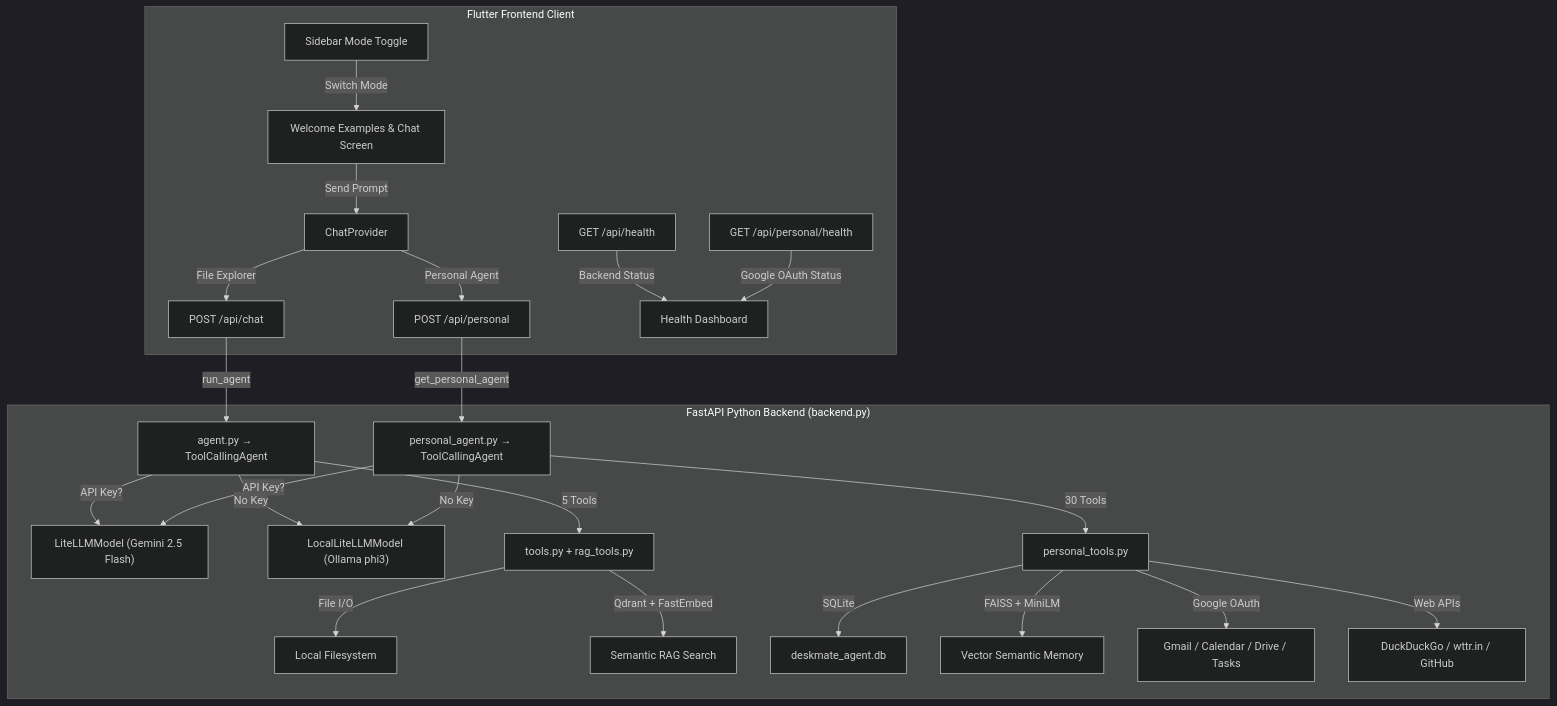
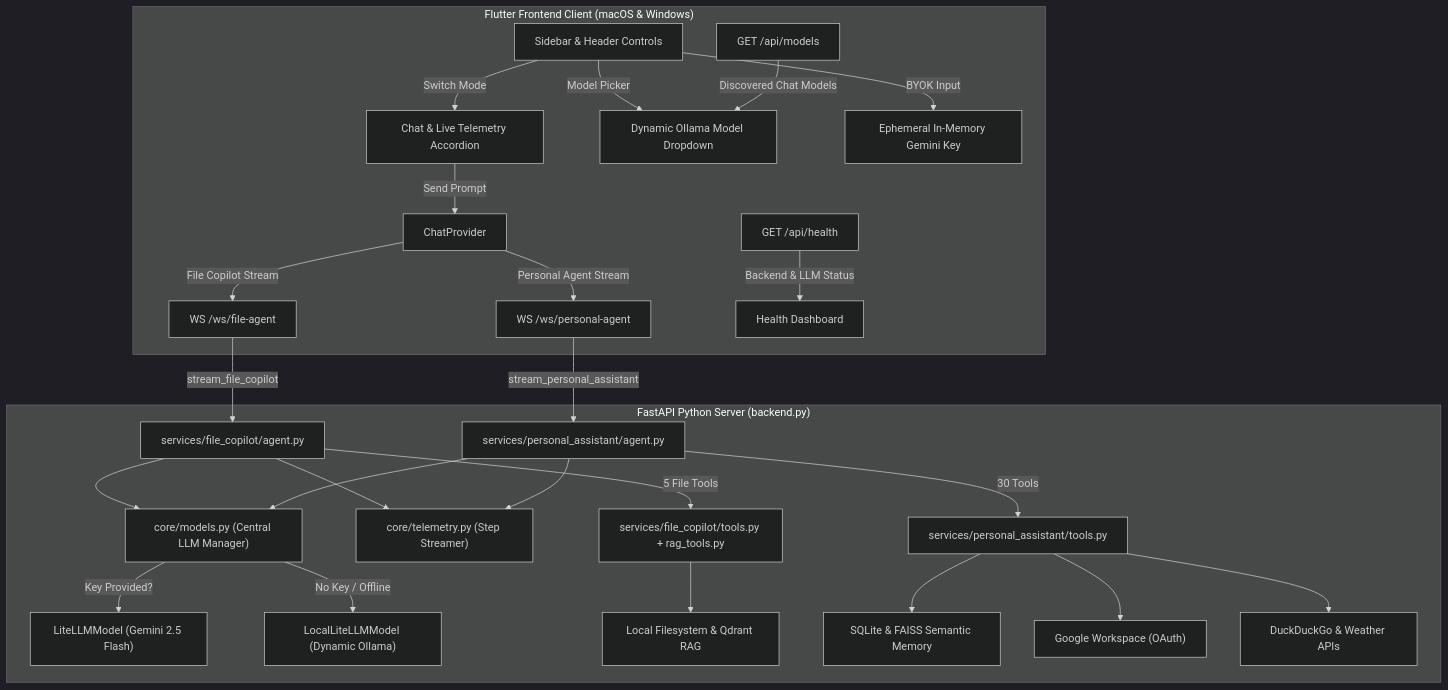
Before and after one commit to Ganeshvenkatesanofficial/DeskMate: the diagram in README.md, drawn with Mermaid (dark theme). The commit also changed other lines of this file and 57 other files, not shown here.

Commit message:
feat(core): modular dual-agent backend, real-time telemetry streaming, resizable sidebar, and native desktop packaging (#10)

````diff
--- a/README.md
+++ b/README.md
@@ -13,31 +40,35 @@
 ```mermaid
 graph TD
-    subgraph Flutter App ["Flutter Frontend Client"]
-        UI["Sidebar Mode Toggle"] --> |Switch Mode| ChatScreen["Welcome Examples & Chat Screen"]
+    subgraph Flutter App ["Flutter Frontend Client (macOS & Windows)"]
+        UI["Sidebar & Header Controls"] --> |Switch Mode| ChatScreen["Chat & Live Telemetry Accordion"]
+        UI --> |Model Picker| ModelSelect["Dynamic Ollama Model Dropdown"]
+        UI --> |BYOK Input| MemoryKey["Ephemeral In-Memory Gemini Key"]
         ChatScreen --> |Send Prompt| Provider["ChatProvider"]
-        Provider --> |File Explorer| API_Chat["POST /api/chat"]
-        Provider --> |Personal Agent| API_Personal["POST /api/personal"]
-        API_Health["GET /api/health"] --> |Backend Status| SidebarHealth["Health Dashboard"]
-        API_PHealth["GET /api/personal/health"] --> |Google OAuth Status| SidebarHealth
+        Provider --> |File Copilot Stream| WS_Chat["WS /ws/file-agent"]
+        Provider --> |Personal Agent Stream| WS_Personal["WS /ws/personal-agent"]
+        API_Health["GET /api/health"] --> |Backend & LLM Status| SidebarHealth["Health Dashboard"]
+        API_Models["GET /api/models"] --> |Discovered Chat Models| ModelSelect
     end
 
-    subgraph Python Server ["FastAPI Python Backend (backend.py)"]
-        API_Chat --> |run_agent| FileAgent["agent.py → ToolCallingAgent"]
-        API_Personal --> |get_personal_agent| PersonalAgent["personal_agent.py → ToolCallingAgent"]
+    subgraph Python Server ["FastAPI Python Server (backend.py)"]
+        WS_Chat --> |stream_file_copilot| FileService["services/file_copilot/agent.py"]
+        WS_Personal --> |stream_personal_assistant| PersonalService["services/personal_assistant/agent.py"]
 
-        FileAgent --> |API Key?| GeminiModel["LiteLLMModel (Gemini 2.5 Flash)"]
-        FileAgent --> |No Key| LocalModel["LocalLiteLLMModel (Ollama phi3)"]
-        PersonalAgent --> |API Key?| GeminiModel
-        PersonalAgent --> |No Key| LocalModel
+        FileService --> CoreModels["core/models.py (Central LLM Manager)"]
+        PersonalService --> CoreModels
+        
+        FileService --> CoreTelem["core/telemetry.py (Step Streamer)"]
+        PersonalService --> CoreTelem
 
-        FileAgent --> |5 Tools| FileTools["tools.py + rag_tools.py"]
-        PersonalAgent --> |30 Tools| PTools["personal_tools.py"]
+        CoreModels --> |Key Provided?| GeminiModel["LiteLLMModel (Gemini 2.5 Flash)"]
+        CoreModels --> |No Key / Offline| LocalModel["LocalLiteLLMModel (Dynamic Ollama)"]
 
-        FileTools --> |File I/O| Disk["Local Filesystem"]
-        FileTools --> |Qdrant + FastEmbed| QdrantDB["Semantic RAG Search"]
-        PTools --> |SQLite| SQLStore["deskmate_agent.db"]
-        PTools --> |FAISS + MiniLM| FAISS["Vector Semantic Memory"]
-        PTools --> |Google OAuth| Google["Gmail / Calendar / Drive / Tasks"]
-        PTools --> |Web APIs| Web["DuckDuckGo / wttr.in / GitHub"]
+        FileService --> |5 File Tools| FileTools["services/file_copilot/tools.py + rag_tools.py"]
+        PersonalService --> |30 Tools| PTools["services/personal_assistant/tools.py"]
+
+        FileTools --> Disk["Local Filesystem & Qdrant RAG"]
+        PTools --> LocalDB["SQLite & FAISS Semantic Memory"]
+        PTools --> Google["Google Workspace (OAuth)"]
+        PTools --> Web["DuckDuckGo & Weather APIs"]
     end
 ```
````
